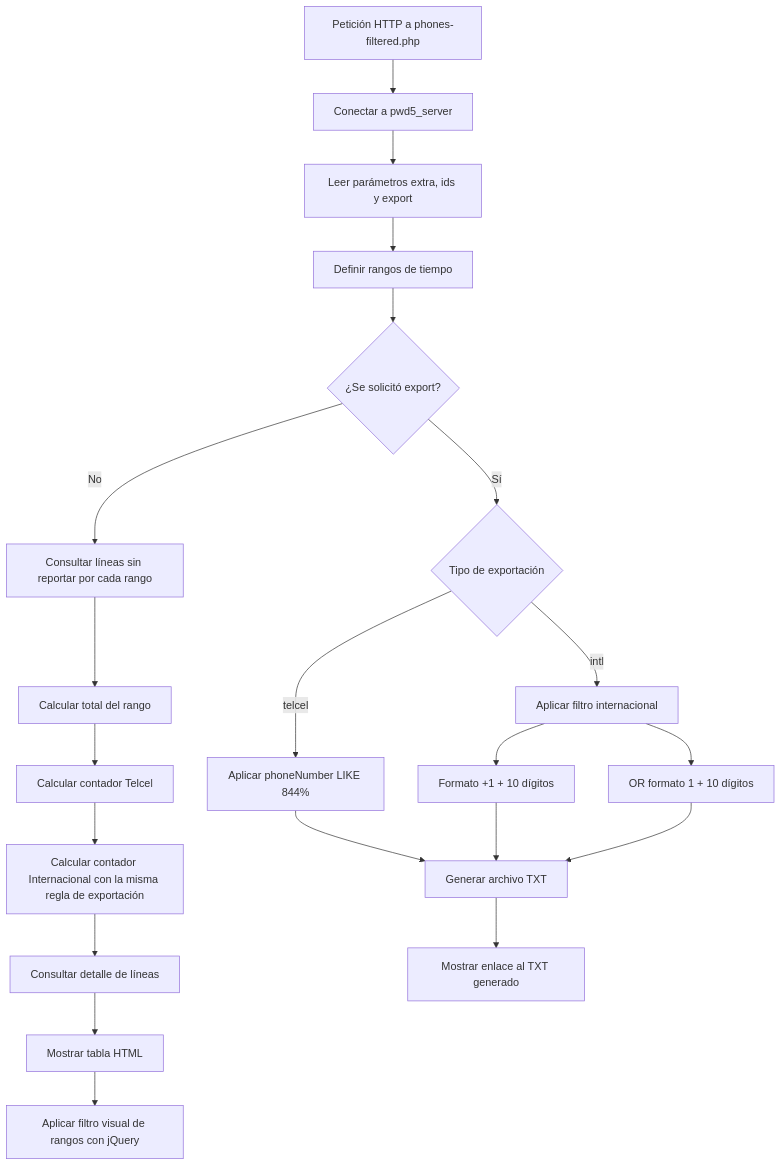
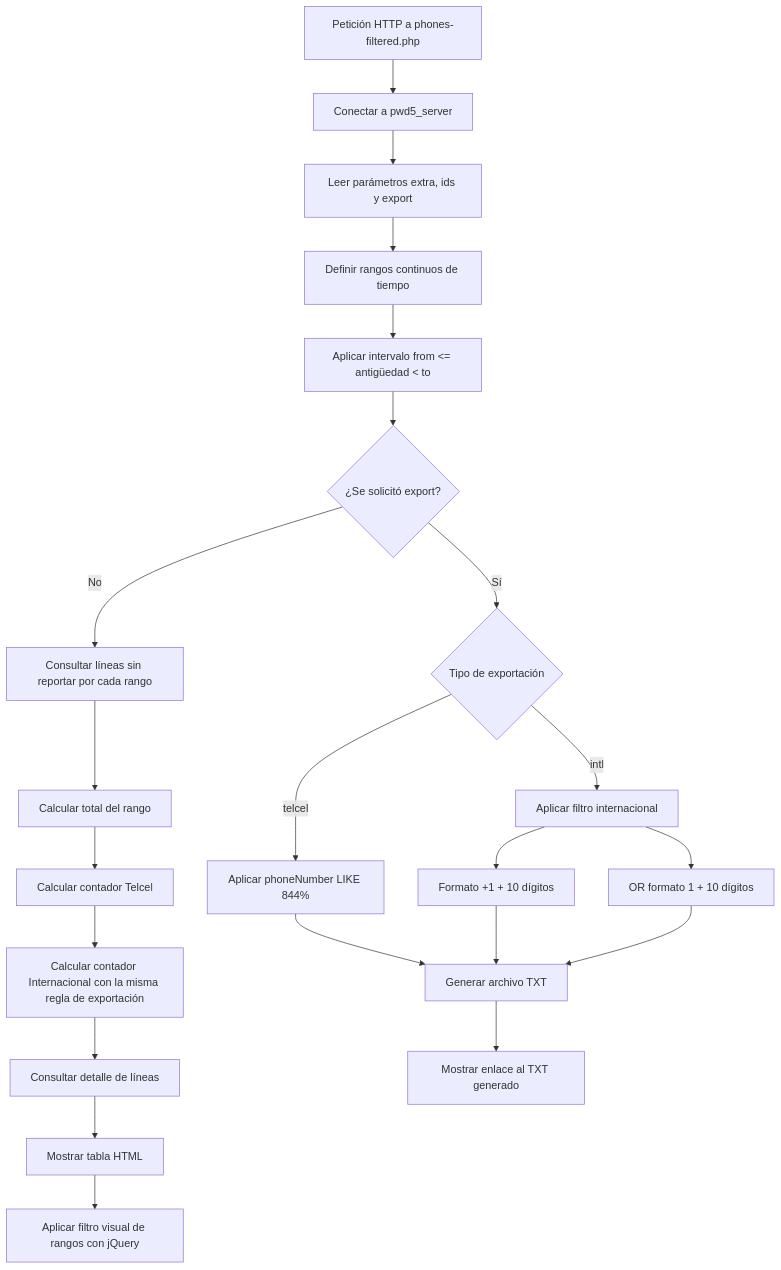
Before and after one commit to grupodeca/phones-filtered: the diagram in DIAGRAM.md, drawn with Mermaid. The commit also changed other lines of this file and 6 other files, not shown here.

````diff
--- a/DIAGRAM.md
+++ b/DIAGRAM.md
@@ -3,29 +3,30 @@
 ```mermaid
 flowchart TD
-    A[Petición HTTP a phones-filtered.php] --> B[Conectar a pwd5_server]
-    B --> C[Leer parámetros extra, ids y export]
-    C --> D[Definir rangos de tiempo]
-    D --> E{¿Se solicitó export?}
+	A[Petición HTTP a phones-filtered.php] --> B[Conectar a pwd5_server]
+	B --> C[Leer parámetros extra, ids y export]
+	C --> D[Definir rangos continuos de tiempo]
+	D --> D1[Aplicar intervalo from <= antigüedad < to]
+	D1 --> E{¿Se solicitó export?}
 
-    E -- No --> J[Consultar líneas sin reportar por cada rango]
-    E -- Sí --> F{Tipo de exportación}
+	E -- No --> J[Consultar líneas sin reportar por cada rango]
+	E -- Sí --> F{Tipo de exportación}
 
-    F -- telcel --> G[Aplicar phoneNumber LIKE 844%]
-    F -- intl --> H[Aplicar filtro internacional]
+	F -- telcel --> G[Aplicar phoneNumber LIKE 844%]
+	F -- intl --> H[Aplicar filtro internacional]
 
-    H --> H1[Formato +1 + 10 dígitos]
-    H --> H2[OR formato 1 + 10 dígitos]
+	H --> H1[Formato +1 + 10 dígitos]
+	H --> H2[OR formato 1 + 10 dígitos]
 
-    G --> I[Generar archivo TXT]
-    H1 --> I
-    H2 --> I
+	G --> I[Generar archivo TXT]
+	H1 --> I
+	H2 --> I
 
-    J --> K[Calcular total del rango]
-    K --> L[Calcular contador Telcel]
-    L --> M[Calcular contador Internacional con la misma regla de exportación]
-    M --> N[Consultar detalle de líneas]
-    N --> O[Mostrar tabla HTML]
+	J --> K[Calcular total del rango]
+	K --> L[Calcular contador Telcel]
+	L --> M[Calcular contador Internacional con la misma regla de exportación]
+	M --> N[Consultar detalle de líneas]
+	N --> O[Mostrar tabla HTML]
 
-    I --> P[Mostrar enlace al TXT generado]
-    O --> Q[Aplicar filtro visual de rangos con jQuery]
+	I --> P[Mostrar enlace al TXT generado]
+	O --> Q[Aplicar filtro visual de rangos con jQuery]
 ```
````
